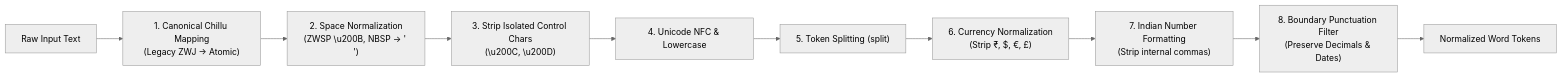
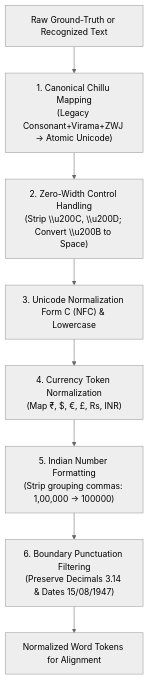
Before and after one commit to saviosinto123/NADHAM-QA: the second of 3 diagrams in ARCHITECTURE.md, drawn with Mermaid (neutral theme). The commit also changed other lines of this file and 36 other files, not shown here.

````diff
--- a/ARCHITECTURE.md
+++ b/ARCHITECTURE.md
@@ -54,12 +89,10 @@
 ```mermaid
-flowchart LR
-    A["Raw Input Text"] --> B["1. Canonical Chillu Mapping<br/>(Legacy ZWJ -> Atomic)"]
-    B --> C["2. Space Normalization<br/>(ZWSP \u200B, NBSP -> ' ')"]
-    C --> D["3. Strip Isolated Control Chars<br/>(\u200C, \u200D)"]
-    D --> E["4. Unicode NFC & Lowercase"]
-    E --> F["5. Token Splitting (split)"]
-    F --> G["6. Currency Normalization<br/>(Strip ₹, $, €, £)"]
-    G --> H["7. Indian Number Formatting<br/>(Strip internal commas)"]
-    H --> I["8. Boundary Punctuation Filter<br/>(Preserve Decimals & Dates)"]
-    I --> J["Normalized Word Tokens"]
+flowchart TD
+    A["Raw Ground-Truth or Recognized Text"] --> B["1. Canonical Chillu Mapping<br/>(Legacy Consonant+Virama+ZWJ → Atomic Unicode)"]
+    B --> C["2. Zero-Width Control Handling<br/>(Strip \\u200C, \\u200D; Convert \\u200B to Space)"]
+    C --> D["3. Unicode Normalization Form C (NFC) & Lowercase"]
+    D --> E["4. Currency Token Normalization<br/>(Map ₹, $, €, £, Rs, INR)"]
+    E --> F["5. Indian Number Formatting<br/>(Strip grouping commas: 1,00,000 → 100000)"]
+    F --> G["6. Boundary Punctuation Filtering<br/>(Preserve Decimals 3.14 & Dates 15/08/1947)"]
+    G --> H["Normalized Word Tokens for Alignment"]
 ```
````
